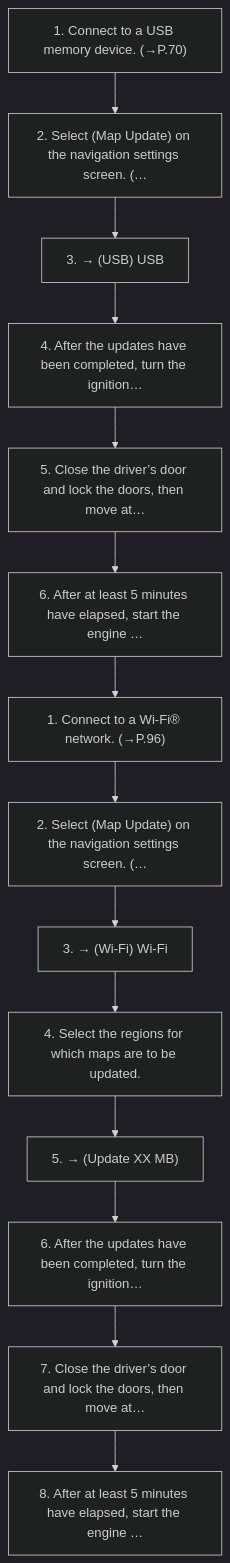
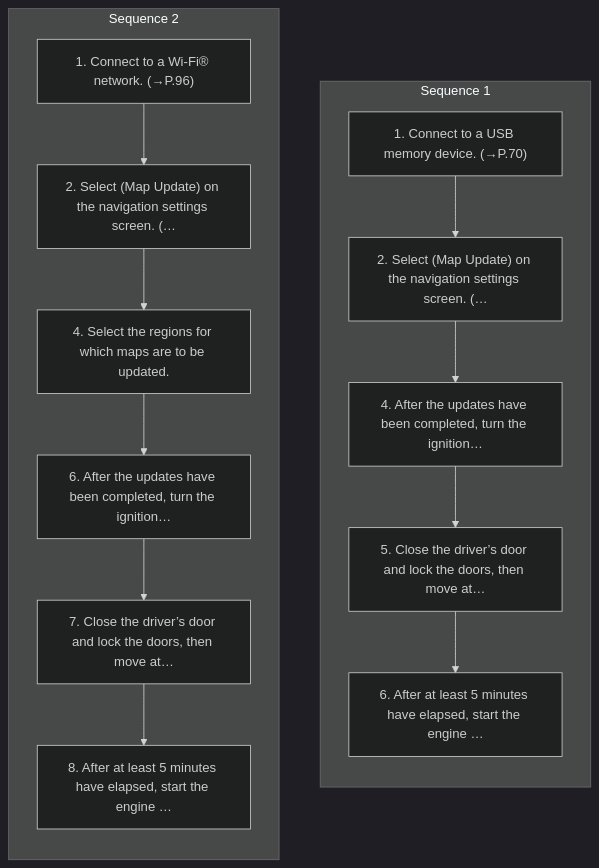
One commit to Chieko-Y/my-spec-generator changed the diagram in workspace/subaru/outback-2025/ivi/published/navigation-system-if-equipped/25-using-a-usb-memory-device.md. Above: the diagram before and after it, drawn with Mermaid (dark theme). The commit also changed other lines of this file and 268 other files, not shown here.

````diff
--- a/workspace/subaru/outback-2025/ivi/published/navigation-system-if-equipped/25-using-a-usb-memory-device.md
+++ b/workspace/subaru/outback-2025/ivi/published/navigation-system-if-equipped/25-using-a-usb-memory-device.md
@@ -14,30 +14,29 @@
 ```mermaid
 flowchart TD
-    S1["1. Connect to a USB memory device. (→P.70)"]
-    S2["2. Select (Map Update) on the navigation settings screen. (…"]
-    S3["3. → (USB) USB"]
-    S4["4. After the updates have been completed, turn the ignition…"]
-    S5["5. Close the driver’s door and lock the doors, then move at…"]
-    S6["6. After at least 5 minutes have elapsed, start the engine …"]
-    S7["1. Connect to a Wi-Fi® network. (→P.96)"]
-    S8["2. Select (Map Update) on the navigation settings screen. (…"]
-    S9["3. → (Wi-Fi) Wi-Fi"]
-    S10["4. Select the regions for which maps are to be updated."]
-    S11["5. → (Update XX MB)"]
-    S12["6. After the updates have been completed, turn the ignition…"]
-    S13["7. Close the driver’s door and lock the doors, then move at…"]
-    S14["8. After at least 5 minutes have elapsed, start the engine …"]
-    S1 --> S2
-    S2 --> S3
-    S3 --> S4
-    S4 --> S5
-    S5 --> S6
-    S6 --> S7
-    S7 --> S8
-    S8 --> S9
-    S9 --> S10
-    S10 --> S11
-    S11 --> S12
-    S12 --> S13
-    S13 --> S14
+    subgraph SEQ1["Sequence 1"]
+    direction TB
+    S1_1["1. Connect to a USB memory device. (→P.70)"]
+    S1_2["2. Select (Map Update) on the navigation settings screen. (…"]
+    S1_4["4. After the updates have been completed, turn the ignition…"]
+    S1_5["5. Close the driver’s door and lock the doors, then move at…"]
+    S1_6["6. After at least 5 minutes have elapsed, start the engine …"]
+    S1_1 --> S1_2
+    S1_2 --> S1_4
+    S1_4 --> S1_5
+    S1_5 --> S1_6
+    end
+    subgraph SEQ2["Sequence 2"]
+    direction TB
+    S2_1["1. Connect to a Wi-Fi® network. (→P.96)"]
+    S2_2["2. Select (Map Update) on the navigation settings screen. (…"]
+    S2_4["4. Select the regions for which maps are to be updated."]
+    S2_6["6. After the updates have been completed, turn the ignition…"]
+    S2_7["7. Close the driver’s door and lock the doors, then move at…"]
+    S2_8["8. After at least 5 minutes have elapsed, start the engine …"]
+    S2_1 --> S2_2
+    S2_2 --> S2_4
+    S2_4 --> S2_6
+    S2_6 --> S2_7
+    S2_7 --> S2_8
+    end
 ```
````
